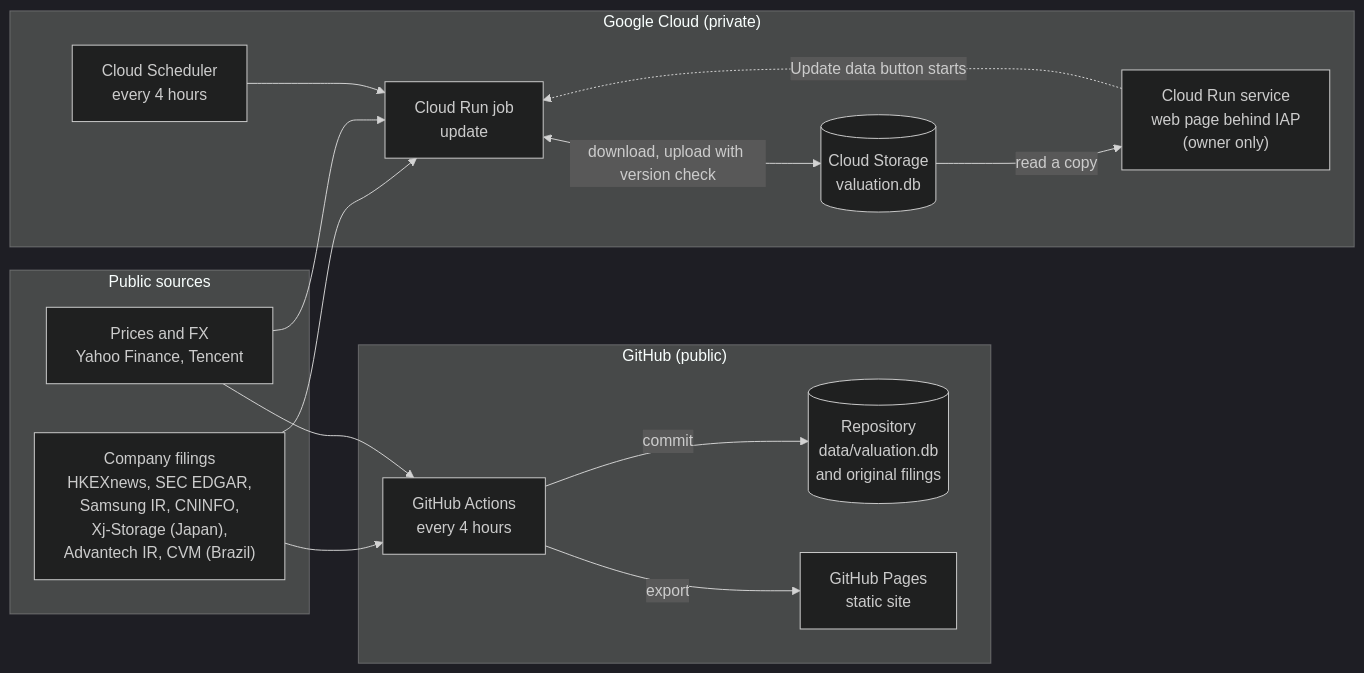
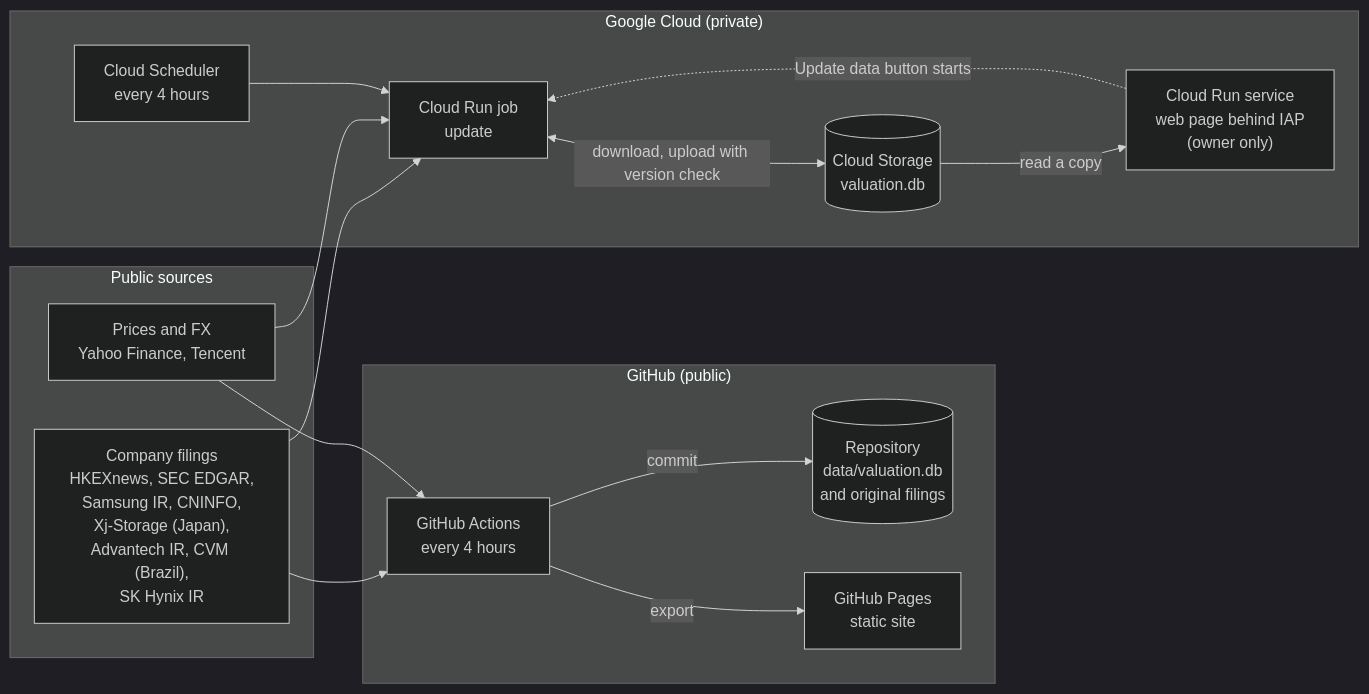
One commit to yun-zhsh/Watchlist-monitor changed the diagram in README.md. Above: the diagram before and after it, drawn with Mermaid (dark theme). The commit also changed other lines of this file and 14 other files, not shown here.

````diff
--- a/README.md
+++ b/README.md
@@ -19,32 +19,32 @@
 ```mermaid
 flowchart LR
   subgraph SRC["Public sources"]
-    F["Company filings<br/>HKEXnews, SEC EDGAR,<br/>Samsung IR, CNINFO,<br/>Xj-Storage (Japan),<br/>Advantech IR, CVM (Brazil)"]
+    F["Company filings<br/>HKEXnews, SEC EDGAR,<br/>Samsung IR, CNINFO,<br/>Xj-Storage (Japan),<br/>Advantech IR, CVM (Brazil),<br/>SK Hynix IR"]
     P["Prices and FX<br/>Yahoo Finance, Tencent"]
   end
 
   subgraph GH["GitHub (public)"]
     A["GitHub Actions<br/>every 4 hours"]
     R[("Repository<br/>data/valuation.db<br/>and original filings")]
     S["GitHub Pages<br/>static site"]
   end
 
   subgraph GCP["Google Cloud (private)"]
     SCH["Cloud Scheduler<br/>every 4 hours"]
     J["Cloud Run job<br/>update"]
     B[("Cloud Storage<br/>valuation.db")]
     W["Cloud Run service<br/>web page behind IAP<br/>(owner only)"]
   end
 
   F --> A
   P --> A
   A -- commit --> R
   A -- export --> S
 
   F --> J
   P --> J
   SCH --> J
   J <-- "download, upload with version check" --> B
   B -- "read a copy" --> W
   W -. "Update data button starts" .-> J
 ```
````
